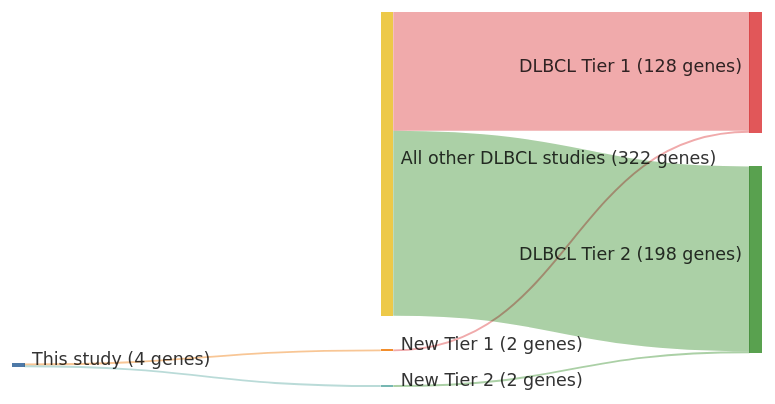
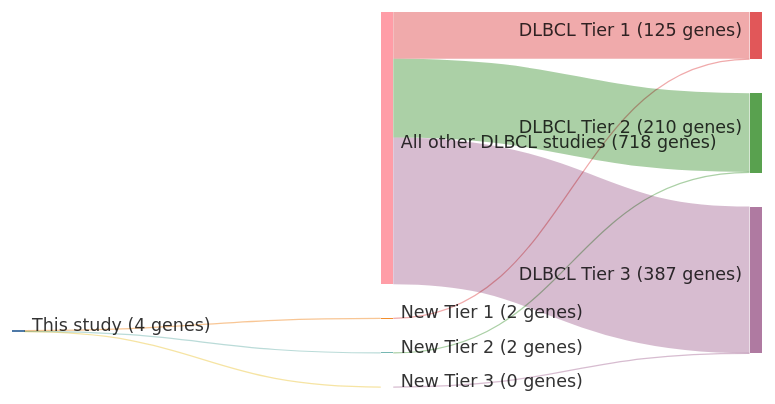
The diagram in papers/pasqualucciHypermutationMultipleProtooncogenes2001.md (morinlab/lymphopedia), drawn with Mermaid before and after one commit. The commit also changed other lines of this file and 81 other files, not shown here.

````diff
--- a/papers/pasqualucciHypermutationMultipleProtooncogenes2001.md
+++ b/papers/pasqualucciHypermutationMultipleProtooncogenes2001.md
@@ -12,20 +12,23 @@
 ```mermaid
 ---
 config:
     sankey:
         showValues: true
         linkColor: target
         width: 600
         height: 300
         nodeAlignment: right
         prefix: '('
         suffix: ' genes)'
 ---
 sankey-beta
 This study, New Tier 1, 2
 New Tier 1, DLBCL Tier 1, 2
 This study, New Tier 2, 2
 New Tier 2, DLBCL Tier 2, 2
-All other DLBCL studies, DLBCL Tier 1, 126
-All other DLBCL studies, DLBCL Tier 2, 196
+This study, New Tier 3, 0
+New Tier 3, DLBCL Tier 3, 0
+All other DLBCL studies, DLBCL Tier 1, 123
+All other DLBCL studies, DLBCL Tier 2, 208
+All other DLBCL studies, DLBCL Tier 3, 387
 ```
````
